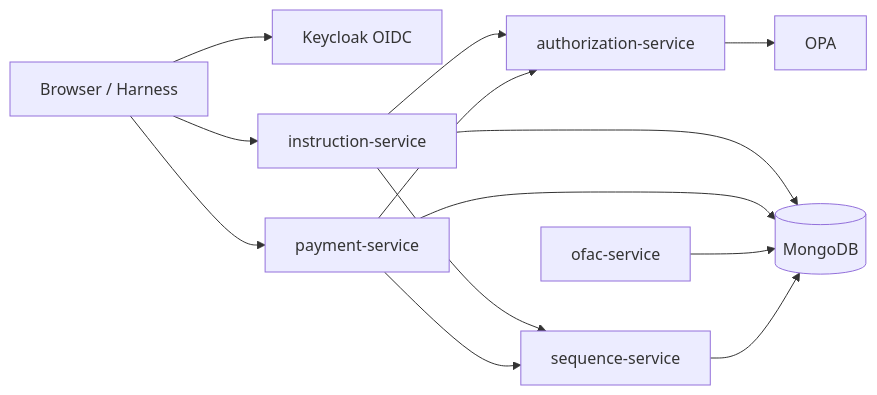
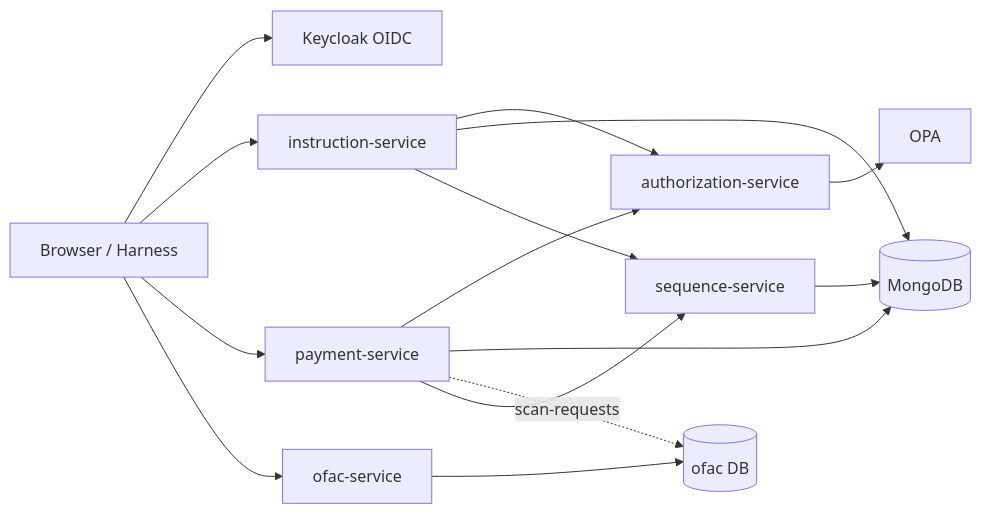
Before and after one commit to sanjuthomas/observability-mesh: the first of 3 diagrams in README.md, drawn with Mermaid. The commit also changed other lines of this file and 53 other files, not shown here.

First line of the commit message:
Add OFAC scan browser UI and isolate scan data in the ofac database.

````diff
--- a/README.md
+++ b/README.md
@@ -29,15 +29,17 @@
 ```mermaid
 flowchart LR
     User[Browser / Harness] --> Keycloak[Keycloak OIDC]
     User --> Inst[instruction-service]
     User --> Pay[payment-service]
+    User --> Ofac[ofac-service]
     Inst --> Authz[authorization-service]
     Pay --> Authz
     Authz --> OPA[OPA]
     Inst --> Mongo[(MongoDB)]
     Pay --> Mongo
-    OFAC[ofac-service] --> Mongo
+    Pay -.->|scan-requests| OfacDb[(ofac DB)]
+    Ofac --> OfacDb
     Seq[sequence-service] --> Mongo
     Inst --> Seq
     Pay --> Seq
 ```
````
